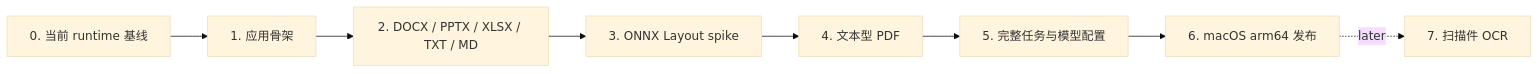
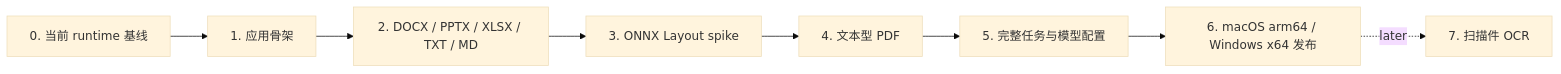
One commit to Atopoz/PageFerry changed the diagram in docs/dev/roadmap.md. Above: the diagram before and after it, drawn with Mermaid (base theme). The commit also changed other lines of this file and 7 other files, not shown here.

````diff
--- a/docs/dev/roadmap.md
+++ b/docs/dev/roadmap.md
@@ -7,10 +7,10 @@
 ```mermaid
 flowchart LR
     P0["0. 当前 runtime 基线"] --> P1["1. 应用骨架"]
     P1 --> P2["2. DOCX / PPTX / XLSX / TXT / MD"]
     P2 --> P3["3. ONNX Layout spike"]
     P3 --> P4["4. 文本型 PDF"]
     P4 --> P5["5. 完整任务与模型配置"]
-    P5 --> P6["6. macOS arm64 发布"]
+    P5 --> P6["6. macOS arm64 / Windows x64 发布"]
     P6 -. later .-> P7["7. 扫描件 OCR"]
 ```
````
